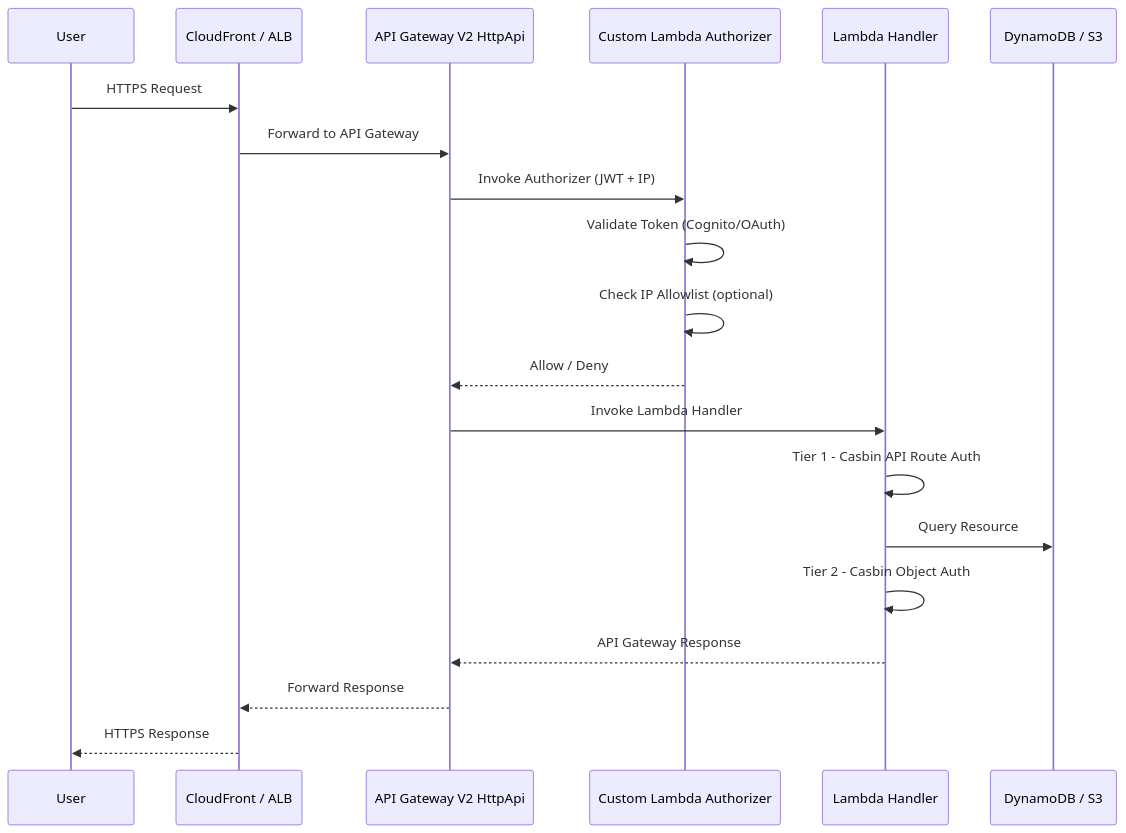
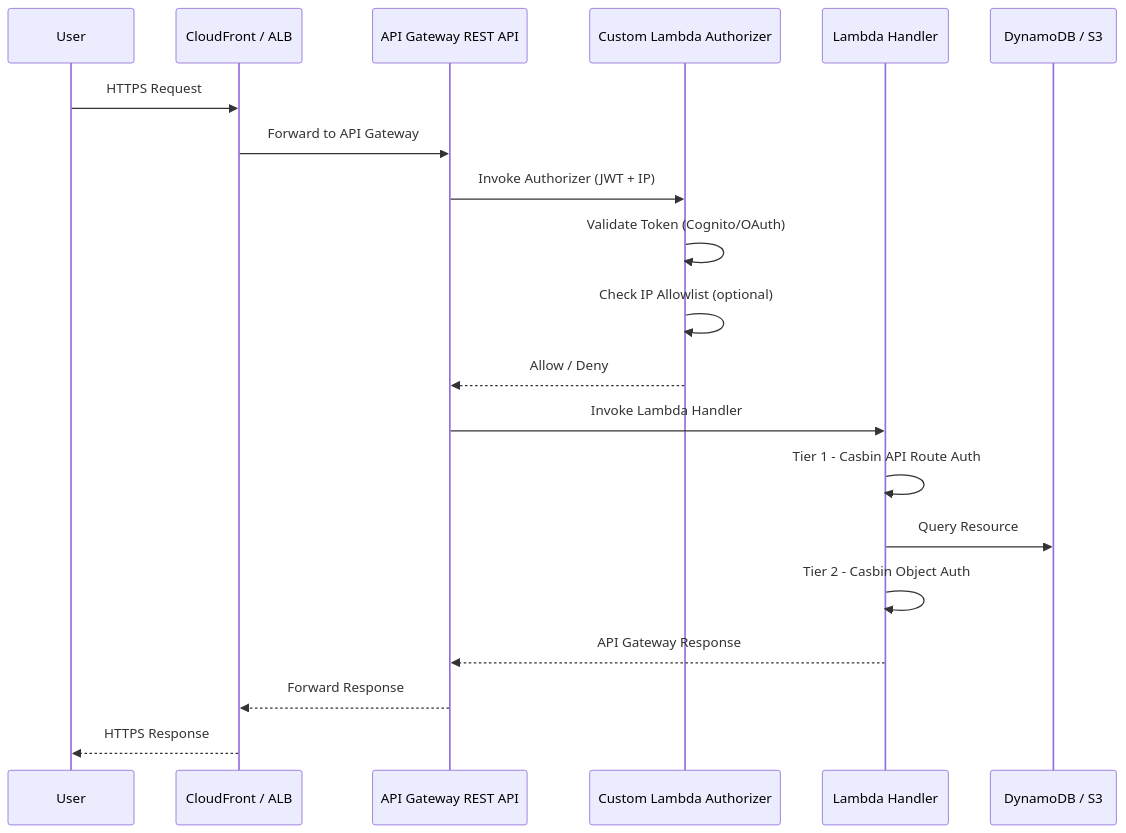
One commit to awslabs/visual-asset-management-system changed the second of 3 diagrams in documentation/docusaurus-site/docs/architecture/overview.md. Above: the diagram before and after it, drawn with Mermaid. The commit also changed other lines of this file and 2239 other files, not shown here.

````diff
--- a/documentation/docusaurus-site/docs/architecture/overview.md
+++ b/documentation/docusaurus-site/docs/architecture/overview.md
@@ -56,23 +56,23 @@
 ```mermaid
 sequenceDiagram
     participant User
     participant Distribution as CloudFront / ALB
-    participant APIGW as API Gateway V2 HttpApi
+    participant APIGW as API Gateway REST API
     participant Authorizer as Custom Lambda Authorizer
     participant Handler as Lambda Handler
     participant DB as DynamoDB / S3
 
     User->>Distribution: HTTPS Request
     Distribution->>APIGW: Forward to API Gateway
     APIGW->>Authorizer: Invoke Authorizer (JWT + IP)
     Authorizer->>Authorizer: Validate Token (Cognito/OAuth)
     Authorizer->>Authorizer: Check IP Allowlist (optional)
     Authorizer-->>APIGW: Allow / Deny
     APIGW->>Handler: Invoke Lambda Handler
     Handler->>Handler: Tier 1 - Casbin API Route Auth
     Handler->>DB: Query Resource
     Handler->>Handler: Tier 2 - Casbin Object Auth
     Handler-->>APIGW: API Gateway Response
     APIGW-->>Distribution: Forward Response
     Distribution-->>User: HTTPS Response
 ```
````
